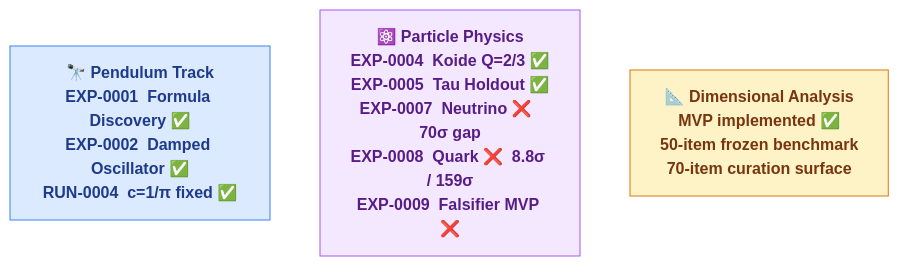
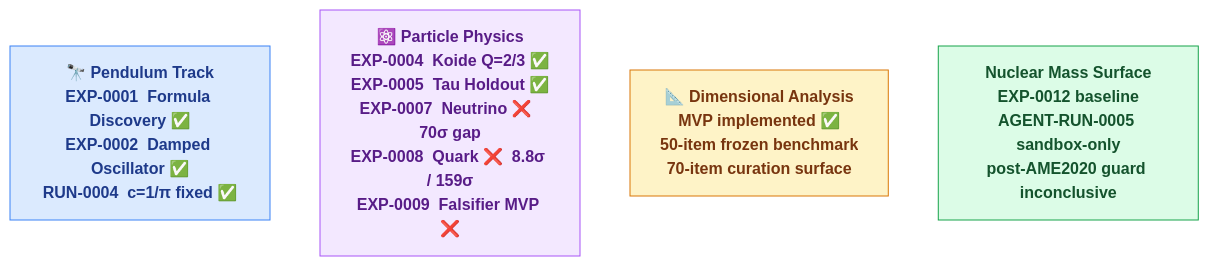
Before and after one commit to open-agent-science/autonomous-physics-lab: the second of 3 diagrams in README.md, drawn with Mermaid (neutral theme). The commit also changed other lines of this file and 7 other files, not shown here.

````diff
--- a/README.md
+++ b/README.md
@@ -207,12 +215,14 @@
 ```mermaid
 flowchart LR
     classDef pend fill:#dbeafe,stroke:#3b82f6,color:#1e3a8a,font-weight:bold
     classDef part fill:#f3e8ff,stroke:#a855f7,color:#581c87,font-weight:bold
     classDef da   fill:#fef3c7,stroke:#d97706,color:#78350f,font-weight:bold
+    classDef nuc  fill:#dcfce7,stroke:#16a34a,color:#14532d,font-weight:bold
 
     P["🔭 Pendulum Track\nEXP-0001  Formula Discovery ✅\nEXP-0002  Damped Oscillator ✅\nRUN-0004  c=1/π fixed ✅"]:::pend
     K["⚛️ Particle Physics\nEXP-0004  Koide Q=2/3 ✅\nEXP-0005  Tau Holdout ✅\nEXP-0007  Neutrino ❌  70σ gap\nEXP-0008  Quark ❌  8.8σ / 159σ\nEXP-0009  Falsifier MVP ❌"]:::part
     D["📐 Dimensional Analysis\nMVP implemented ✅\n50-item frozen benchmark\n70-item curation surface"]:::da
+    N["Nuclear Mass Surface\nEXP-0012 baseline\nAGENT-RUN-0005 sandbox-only\npost-AME2020 guard inconclusive"]:::nuc
 
-    P ~~~ K ~~~ D
+    P ~~~ K ~~~ D ~~~ N
 ```
````
